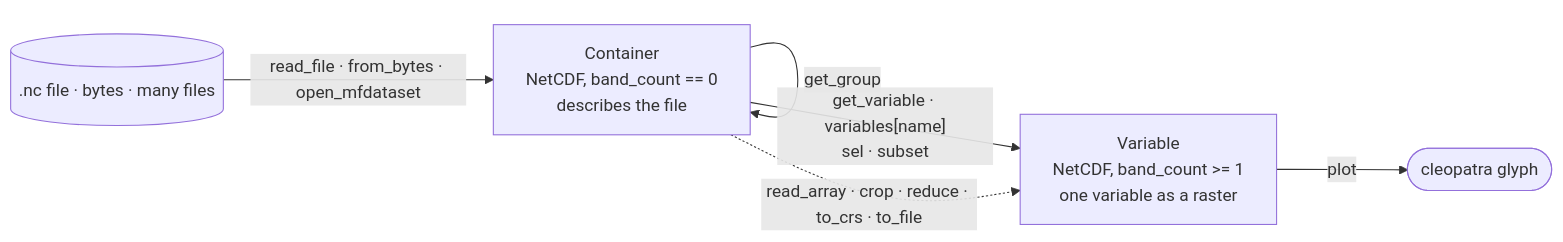
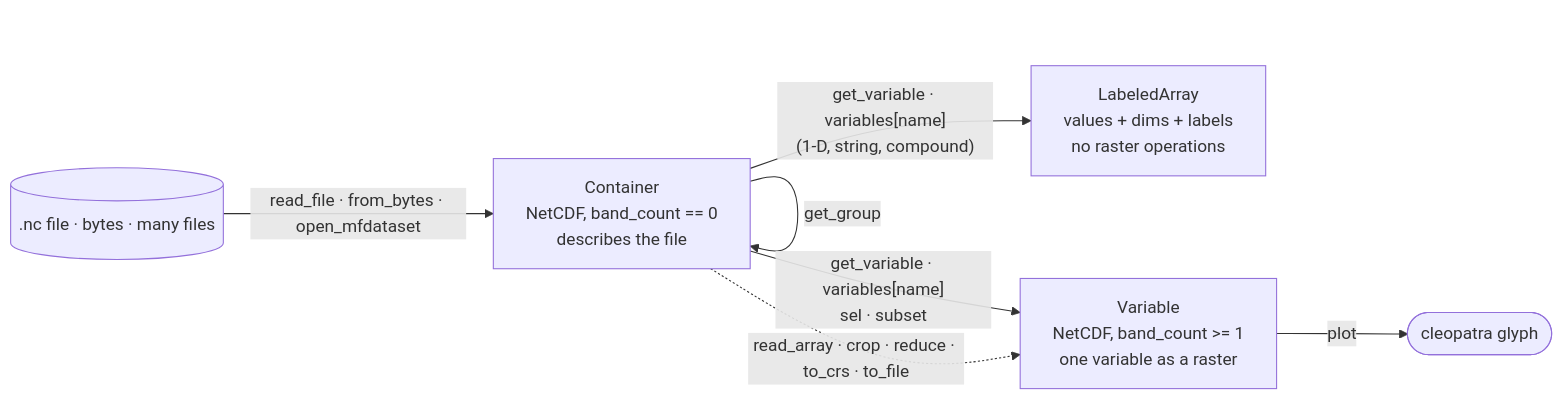
One commit to serapeum-org/pyramids changed the first of 3 diagrams in docs/reference/netcdf/index.md. Above: the diagram before and after it, drawn with Mermaid. The commit also changed other lines of this file and 14 other files, not shown here.

First line of the commit message:
fix(netcdf)!: materialise a non-raster variable instead of leaking a gdal.MDArray (#1131)

````diff
--- a/docs/reference/netcdf/index.md
+++ b/docs/reference/netcdf/index.md
@@ -17,11 +23,13 @@
 ```mermaid
 flowchart LR
     F[(".nc file · bytes · many files")]
     F -->|"read_file · from_bytes · open_mfdataset"| C
     C["Container<br/>NetCDF, band_count == 0<br/>describes the file"]
     C -->|get_group| C
     C -->|"get_variable · variables[name]<br/>sel · subset"| V
     V["Variable<br/>NetCDF, band_count >= 1<br/>one variable as a raster"]
+    C -->|"get_variable · variables[name]<br/>(1-D, string, compound)"| L
+    L["LabeledArray<br/>values + dims + labels<br/>no raster operations"]
     V -->|plot| G(["cleopatra glyph"])
     C -. "read_array · crop · reduce · to_crs · to_file" .-> V
 ```
````
